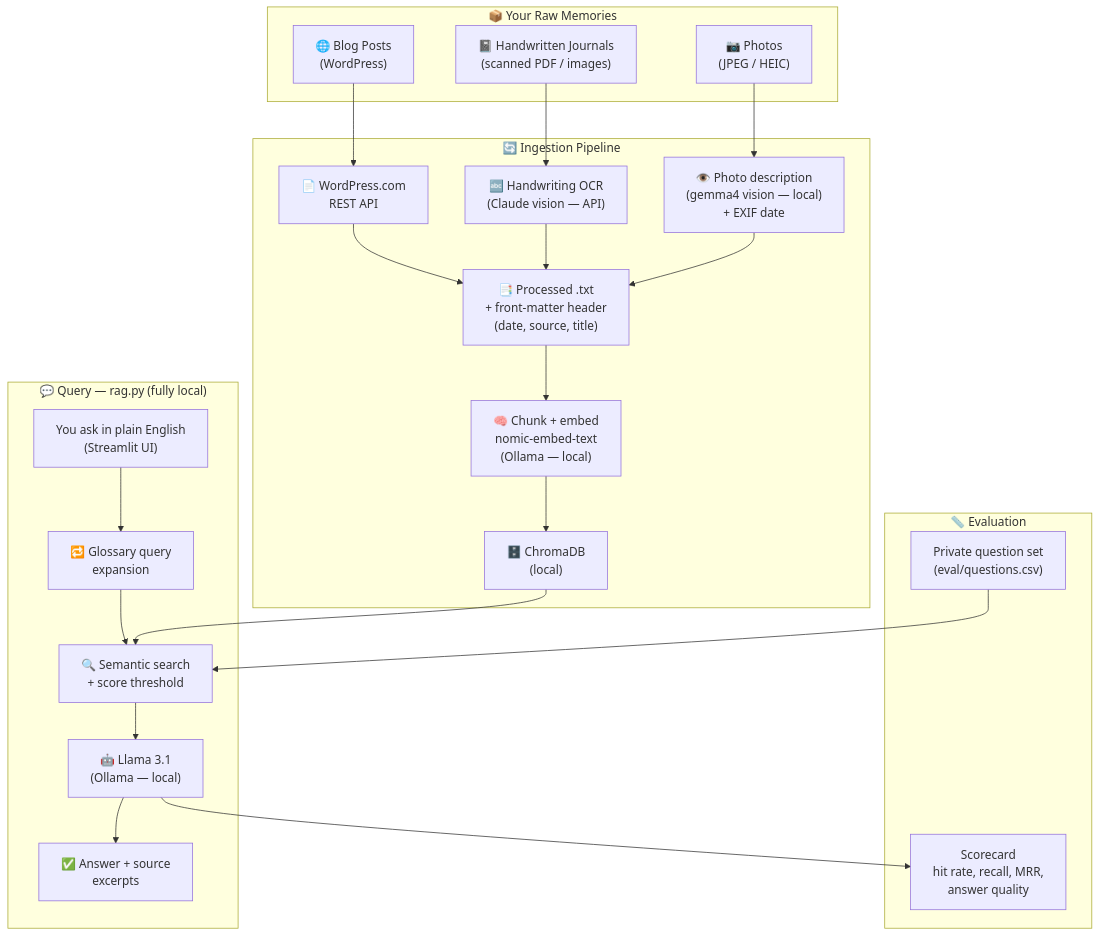
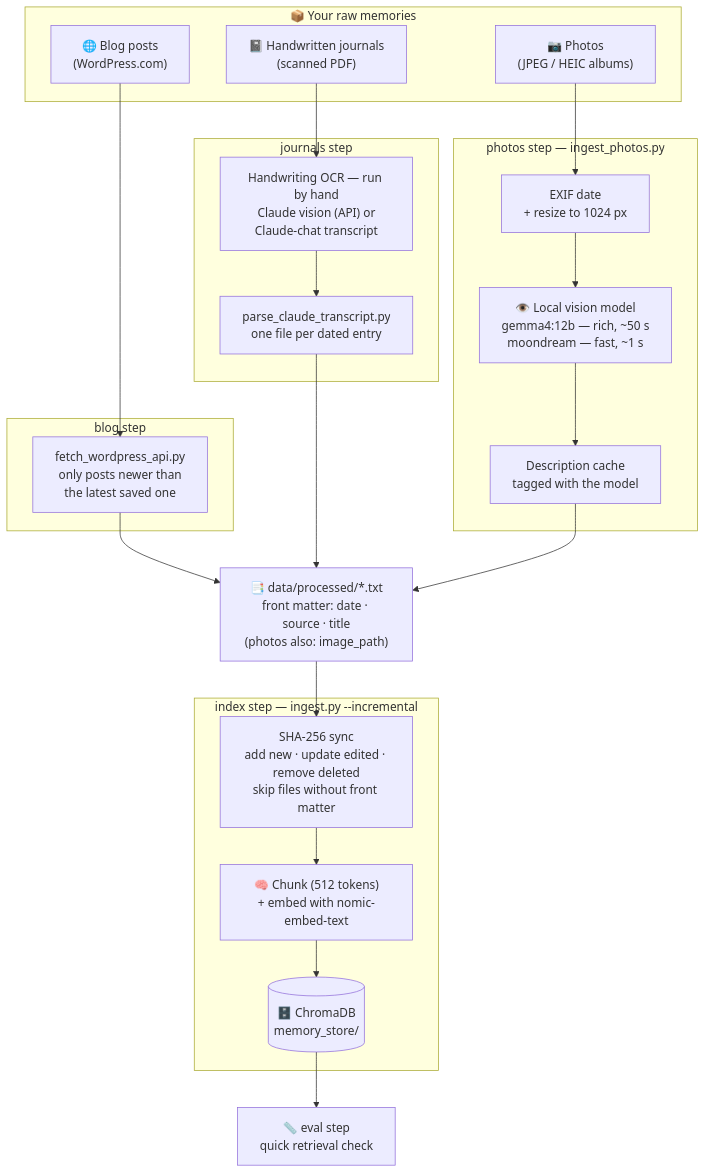
Before and after one commit to praveenkottayi/along-the-memory-lane: the first of 2 diagrams in README.md, drawn with Mermaid. The commit also changed other lines of this file and 3 other files, not shown here.

First line of the commit message:
README: full pipeline diagrams, roadmap; photo model switch

````diff
--- a/README.md
+++ b/README.md
@@ -14,41 +16,38 @@
 ```mermaid
 flowchart TD
-    subgraph INPUT["📦 Your Raw Memories"]
-        J["📓 Handwritten Journals\n(scanned PDF / images)"]
-        B["🌐 Blog Posts\n(WordPress)"]
-        P["📷 Photos\n(JPEG / HEIC)"]
+    subgraph SOURCES["📦 Your raw memories"]
+        B["🌐 Blog posts<br/>(WordPress.com)"]
+        J["📓 Handwritten journals<br/>(scanned PDF)"]
+        P["📷 Photos<br/>(JPEG / HEIC albums)"]
     end
 
-    subgraph INGEST["🔄 Ingestion Pipeline"]
-        WP["📄 WordPress.com\nREST API"]
-        OCR["🔤 Handwriting OCR\n(Claude vision — API)"]
-        VIS["👁️ Photo description\n(gemma4 vision — local)\n+ EXIF date"]
-        TXT["📑 Processed .txt\n+ front-matter header\n(date, source, title)"]
-        EMBED["🧠 Chunk + embed\nnomic-embed-text\n(Ollama — local)"]
-        STORE["🗄️ ChromaDB\n(local)"]
+    subgraph BLOG["blog step"]
+        WP["fetch_wordpress_api.py<br/>only posts newer than<br/>the latest saved one"]
     end
 
-    subgraph QUERY["💬 Query — rag.py (fully local)"]
-        Q["You ask in plain English\n(Streamlit UI)"]
-        EXP["🔁 Glossary query\nexpansion"]
-        RETRIEVE["🔍 Semantic search\n+ score threshold"]
-        LLM["🤖 Llama 3.1\n(Ollama — local)"]
-        ANS["✅ Answer + source\nexcerpts"]
+    subgraph JOURNAL["journals step"]
+        OCR["Handwriting OCR — run by hand<br/>Claude vision (API) or<br/>Claude-chat transcript"]
+        SPLIT["parse_claude_transcript.py<br/>one file per dated entry"]
     end
 
-    subgraph EVAL["📏 Evaluation"]
-        QS["Private question set\n(eval/questions.csv)"]
-        SC["Scorecard\nhit rate, recall, MRR,\nanswer quality"]
+    subgraph PHOTO["photos step — ingest_photos.py"]
+        EXIF["EXIF date<br/>+ resize to 1024 px"]
+        VIS["👁️ Local vision model<br/>gemma4:12b — rich, ~50 s<br/>moondream — fast, ~1 s"]
+        CACHE["Description cache<br/>tagged with the model"]
     end
 
+    TXT["📑 data/processed/*.txt<br/>front matter: date · source · title<br/>(photos also: image_path)"]
+
+    subgraph INDEX["index step — ingest.py --incremental"]
+        SYNC["SHA-256 sync<br/>add new · update edited · remove deleted<br/>skip files without front matter"]
+        EMBED["🧠 Chunk (512 tokens)<br/>+ embed with nomic-embed-text"]
+        STORE[("🗄️ ChromaDB<br/>memory_store/")]
+    end
+
+    CHECK["📏 eval step<br/>quick retrieval check"]
+
     B --> WP --> TXT
-    J --> OCR --> TXT
-    P --> VIS --> TXT
-    TXT --> EMBED --> STORE
-
-    Q --> EXP --> RETRIEVE
-    STORE --> RETRIEVE --> LLM --> ANS
-
-    QS --> RETRIEVE
-    LLM --> SC
+    J --> OCR --> SPLIT --> TXT
+    P --> EXIF --> VIS --> CACHE --> TXT
+    TXT --> SYNC --> EMBED --> STORE --> CHECK
 ```
````
